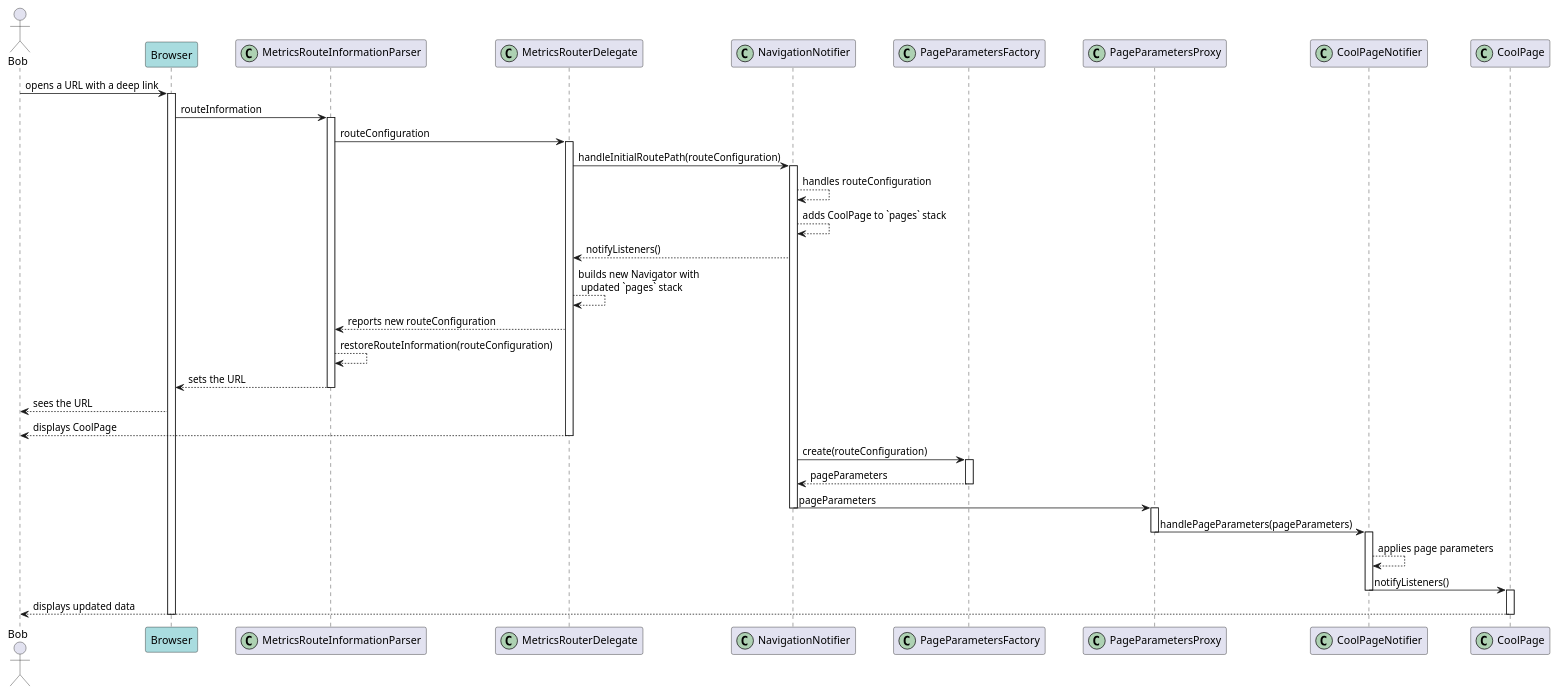
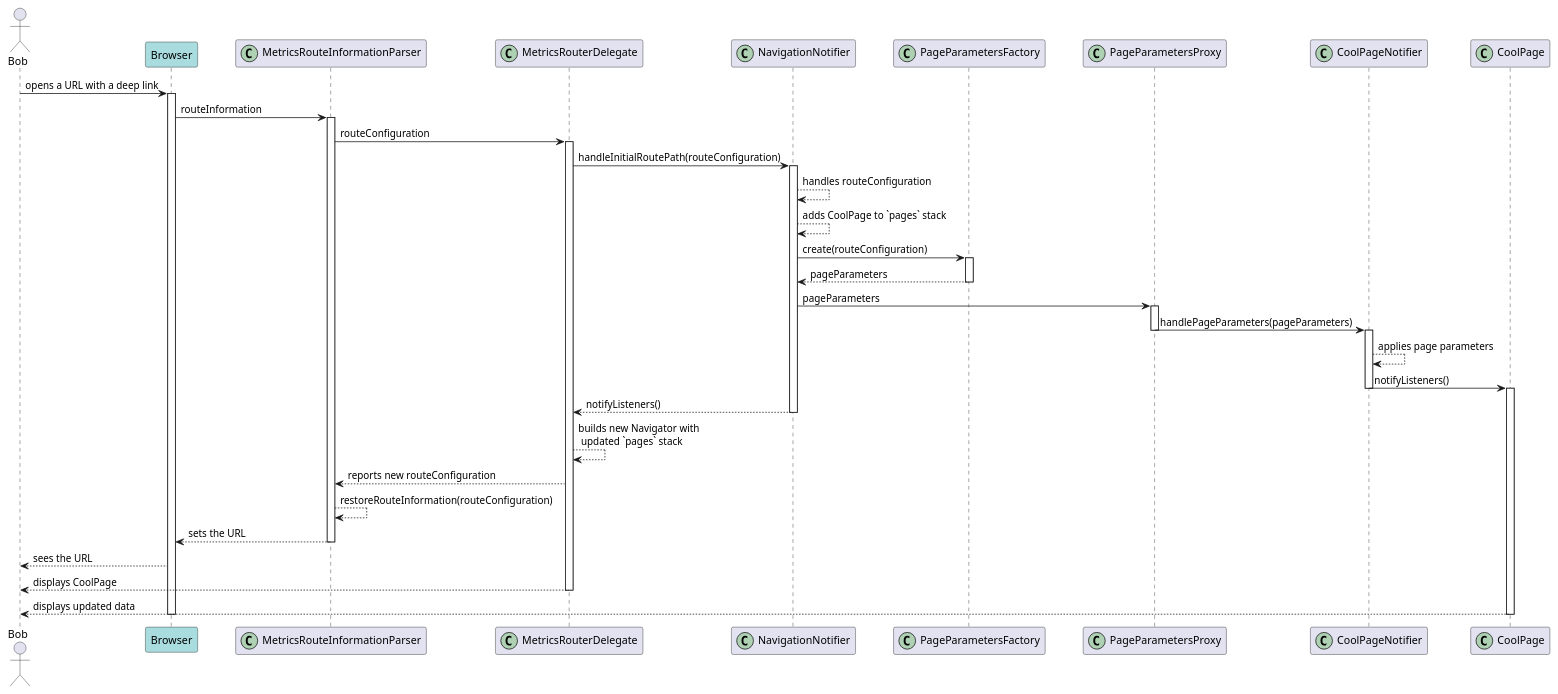
The diagram in metrics/web/docs/features/deep_links/diagrams/applying_deep_links_sequence_diagram.puml (Flank/flank-dashboard), drawn with PlantUML before and after one commit. The commit also changed 1 other file, not shown here.

Commit message:
Minor diagram improvements

```diff
--- a/metrics/web/docs/features/deep_links/diagrams/applying_deep_links_sequence_diagram.puml
+++ b/metrics/web/docs/features/deep_links/diagrams/applying_deep_links_sequence_diagram.puml
@@ -1,69 +1,71 @@
 @startuml applying_deep_links_sequence_diagram
 
 skinparam ParticipantPadding 20
 skinparam BoxPadding 10
 
 actor Bob
 
 participant Browser #A9DCDF
 participant MetricsRouteInformationParser << (C,#ADD1B2) >>
 participant MetricsRouterDelegate << (C,#ADD1B2) >>
 participant NavigationNotifier << (C,#ADD1B2) >>
 participant PageParametersFactory << (C,#ADD1B2) >>
 participant PageParametersProxy << (C,#ADD1B2) >>
 participant CoolPageNotifier << (C,#ADD1B2) >>
 participant CoolPage << (C,#ADD1B2) >>
 
 Bob -> Browser: opens a URL with a deep link
 activate Browser
 
 Browser -> MetricsRouteInformationParser: routeInformation
 activate MetricsRouteInformationParser
 
 MetricsRouteInformationParser -> MetricsRouterDelegate: routeConfiguration
 activate MetricsRouterDelegate
 
 MetricsRouterDelegate -> NavigationNotifier: handleInitialRoutePath(routeConfiguration)
 activate NavigationNotifier
 
 NavigationNotifier --> NavigationNotifier: handles routeConfiguration
 NavigationNotifier --> NavigationNotifier: adds CoolPage to `pages` stack
+
+NavigationNotifier -> PageParametersFactory: create(routeConfiguration)
+activate PageParametersFactory
+
+PageParametersFactory --> NavigationNotifier: pageParameters
+deactivate PageParametersFactory
+
+NavigationNotifier -> PageParametersProxy: pageParameters
+
+activate PageParametersProxy
+
+PageParametersProxy -> CoolPageNotifier: handlePageParameters(pageParameters)
+deactivate PageParametersProxy
+activate CoolPageNotifier
+
+CoolPageNotifier --> CoolPageNotifier: applies page parameters
+
+CoolPageNotifier -> CoolPage: notifyListeners()
+deactivate CoolPageNotifier
+activate CoolPage
+
 NavigationNotifier --> MetricsRouterDelegate: notifyListeners()
+deactivate NavigationNotifier
 
 MetricsRouterDelegate --> MetricsRouterDelegate: builds new Navigator with \n updated `pages` stack
 MetricsRouterDelegate --> MetricsRouteInformationParser: reports new routeConfiguration
 
 MetricsRouteInformationParser --> MetricsRouteInformationParser: restoreRouteInformation(routeConfiguration)
 MetricsRouteInformationParser --> Browser: sets the URL
 deactivate MetricsRouteInformationParser
 
 Browser --> Bob: sees the URL
 
 MetricsRouterDelegate --> Bob: displays CoolPage
 deactivate MetricsRouterDelegate
 
-NavigationNotifier -> PageParametersFactory: create(routeConfiguration)
-activate PageParametersFactory
-
-PageParametersFactory --> NavigationNotifier: pageParameters
-deactivate PageParametersFactory
-
-NavigationNotifier -> PageParametersProxy: pageParameters
-deactivate NavigationNotifier
-activate PageParametersProxy
-
-PageParametersProxy -> CoolPageNotifier: handlePageParameters(pageParameters)
-deactivate PageParametersProxy
-activate CoolPageNotifier
-
-CoolPageNotifier --> CoolPageNotifier: applies page parameters
-
-CoolPageNotifier -> CoolPage: notifyListeners()
-deactivate CoolPageNotifier
-activate CoolPage
-
 CoolPage --> Bob: displays updated data
 deactivate CoolPage
 deactivate Browser
 
 @enduml
```
